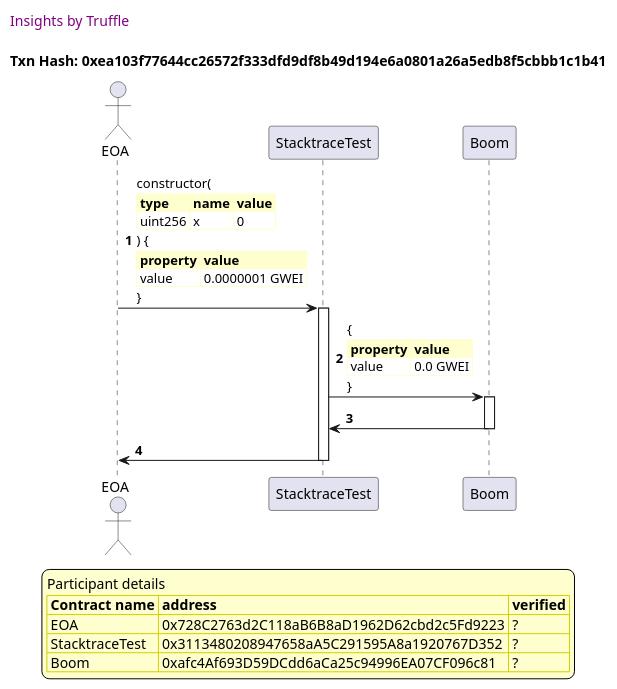
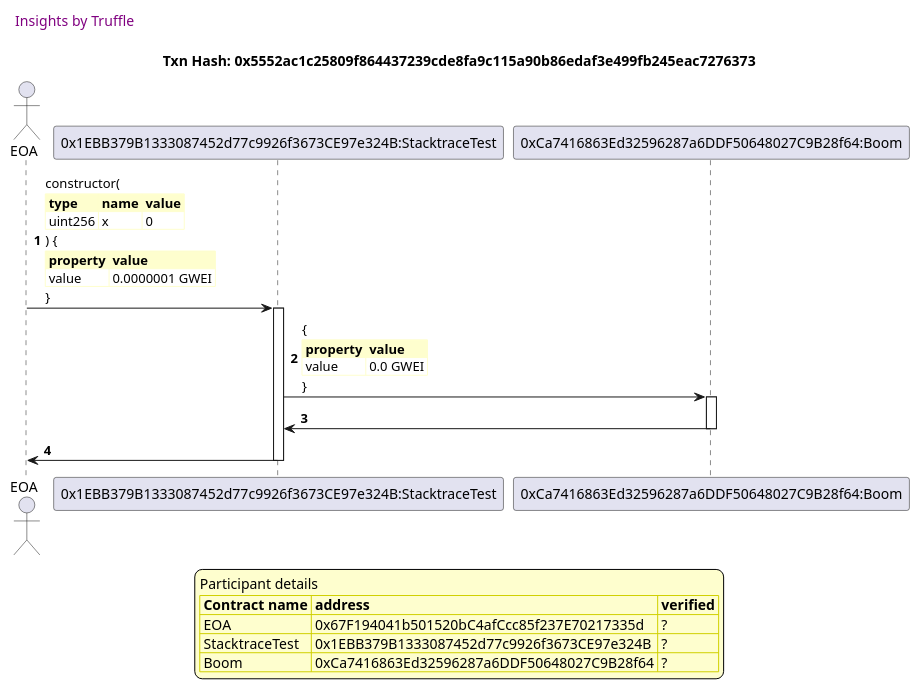
The fifth of 11 diagrams in truffle-seq/stacktrace.test.md (trufflesuite/txlog-seedlings), drawn with PlantUML before and after one commit. The commit also changed other lines of this file and 3 other files, not shown here.

````diff
--- a/truffle-seq/stacktrace.test.md
+++ b/truffle-seq/stacktrace.test.md
@@ -259,58 +259,58 @@
 ```plantuml
 
 
 @startuml
 
 autonumber
 skinparam legendBackgroundColor #FEFECE
 
 <style>
       header {
         HorizontalAlignment left
         FontColor purple
         FontSize 14
         Padding 10
       }
     </style>
 
 header Insights by Truffle
 
-title Txn Hash: 0xea103f77644cc26572f333dfd9df8b49d194e6a0801a26a5edb8f5cbbb1c1b41
+title Txn Hash: 0x5552ac1c25809f864437239cde8fa9c115a90b86edaf3e499fb245eac7276373
 
 
 actor EOA as "EOA"
 
-participant StacktraceTest as "StacktraceTest"
+participant StacktraceTest as "0x1EBB379B1333087452d77c9926f3673CE97e324B:StacktraceTest"
 
-participant Boom as "Boom"
+participant Boom as "0xCa7416863Ed32596287a6DDF50648027C9B28f64:Boom"
 
 "EOA" -> "StacktraceTest" ++: constructor(\n\
 <#FEFECE,#FEFECE>|= type |= name |= value |\n\
 | uint256 | x | 0 |\n\
 ) {\n\
 <#FEFECE,#FEFECE>|= property |= value|\n\
 | value | 0.0000001 GWEI |\n\
 }
 
 "StacktraceTest" -> "Boom" ++: {\n\
 <#FEFECE,#FEFECE>|= property |= value|\n\
 | value | 0.0 GWEI |\n\
 }
 
 "Boom" -> "StacktraceTest" --: 
 
 "StacktraceTest" -> "EOA" --: 
 
 
 
 legend
 Participant details
 <#FEFECE,#D0D000>|= Contract name |= address |= verified |
-<#FEFECE>| EOA | 0x728C2763d2C118aB6B8aD1962D62cbd2c5Fd9223 | ? |
-<#FEFECE>| StacktraceTest | 0x3113480208947658aA5C291595A8a1920767D352 | ? |
-<#FEFECE>| Boom | 0xafc4Af693D59DCdd6aCa25c94996EA07CF096c81 | ? |
+<#FEFECE>| EOA | 0x67F194041b501520bC4afCcc85f237E70217335d | ? |
+<#FEFECE>| StacktraceTest | 0x1EBB379B1333087452d77c9926f3673CE97e324B | ? |
+<#FEFECE>| Boom | 0xCa7416863Ed32596287a6DDF50648027C9B28f64 | ? |
 endlegend
 
 
 @enduml
 ```
````
